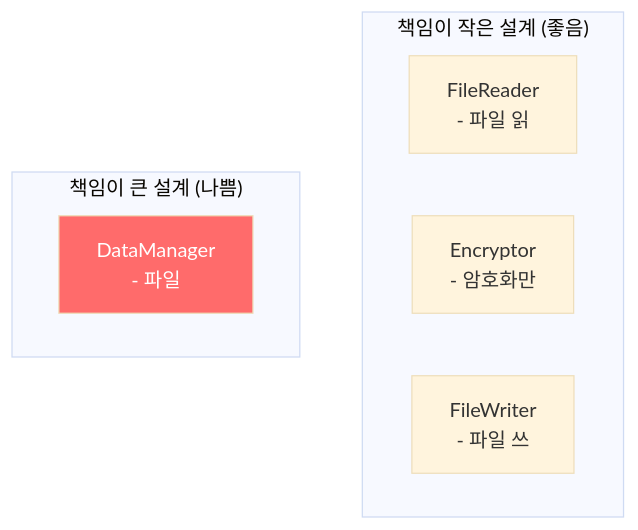
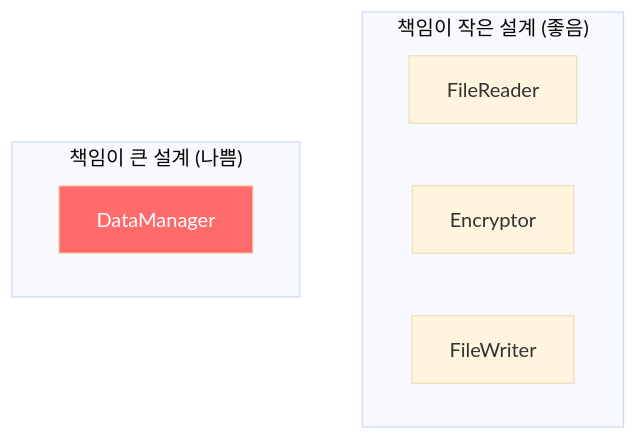
One commit to yjkim2015/yjkim2015.github.io changed the fourth of 8 diagrams in _posts/java/2021-10-09-java-objects1.md. Above: the diagram before and after it, drawn with Mermaid (base theme). The commit also changed other lines of this file and 217 other files, not shown here.

First line of the commit message:
Mermaid 크기 수정: useMaxWidth:true + SVG max-width:100% + 라벨 축소

````diff
--- a/_posts/java/2021-10-09-java-objects1.md
+++ b/_posts/java/2021-10-09-java-objects1.md
@@ -122,12 +122,12 @@
 ```mermaid
 graph TD
     subgraph "책임이 작은 설계 (좋음)"
-    A1["FileReader\n- 파일 읽"]
-    A2["Encryptor\n- 암호화만"]
-    A3["FileWriter\n- 파일 쓰"]
+    A1["FileReader"]
+    A2["Encryptor"]
+    A3["FileWriter"]
     end
     subgraph "책임이 큰 설계 (나쁨)"
-    B1["DataManager\n- 파일"]
+    B1["DataManager"]
     end
     style B1 fill:#ff6b6b,color:#fff
 ```
````
